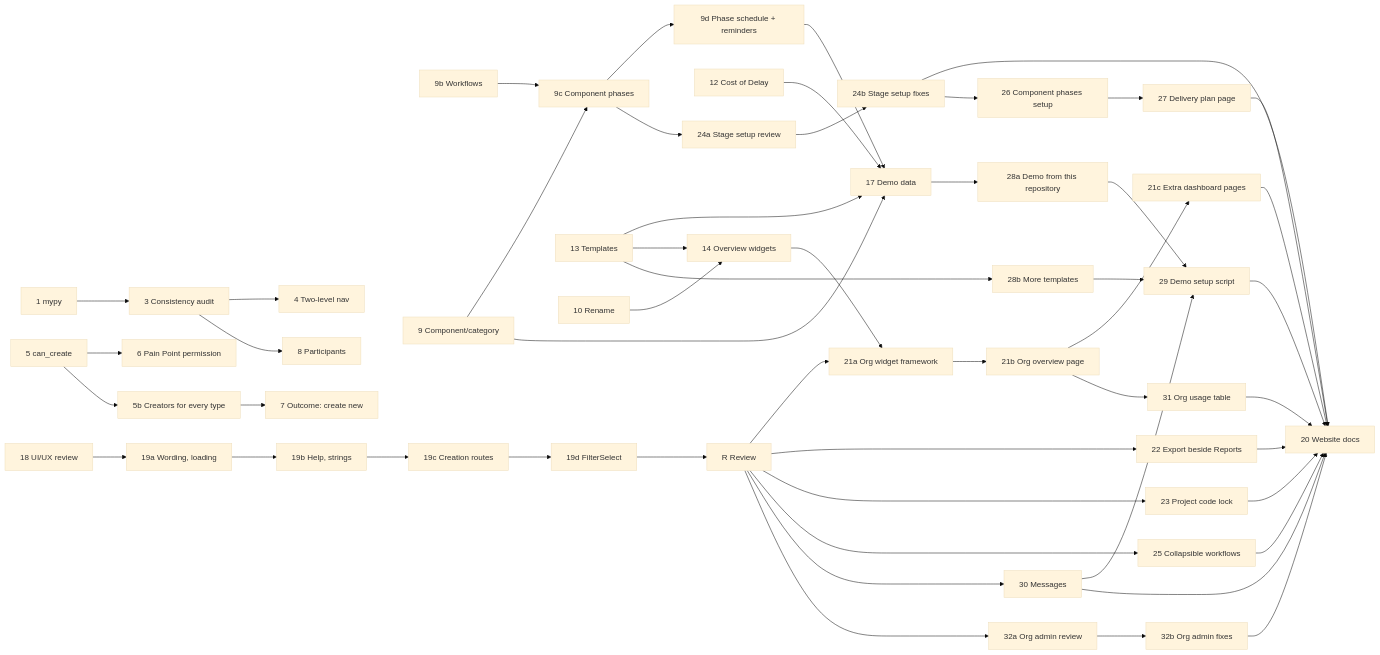
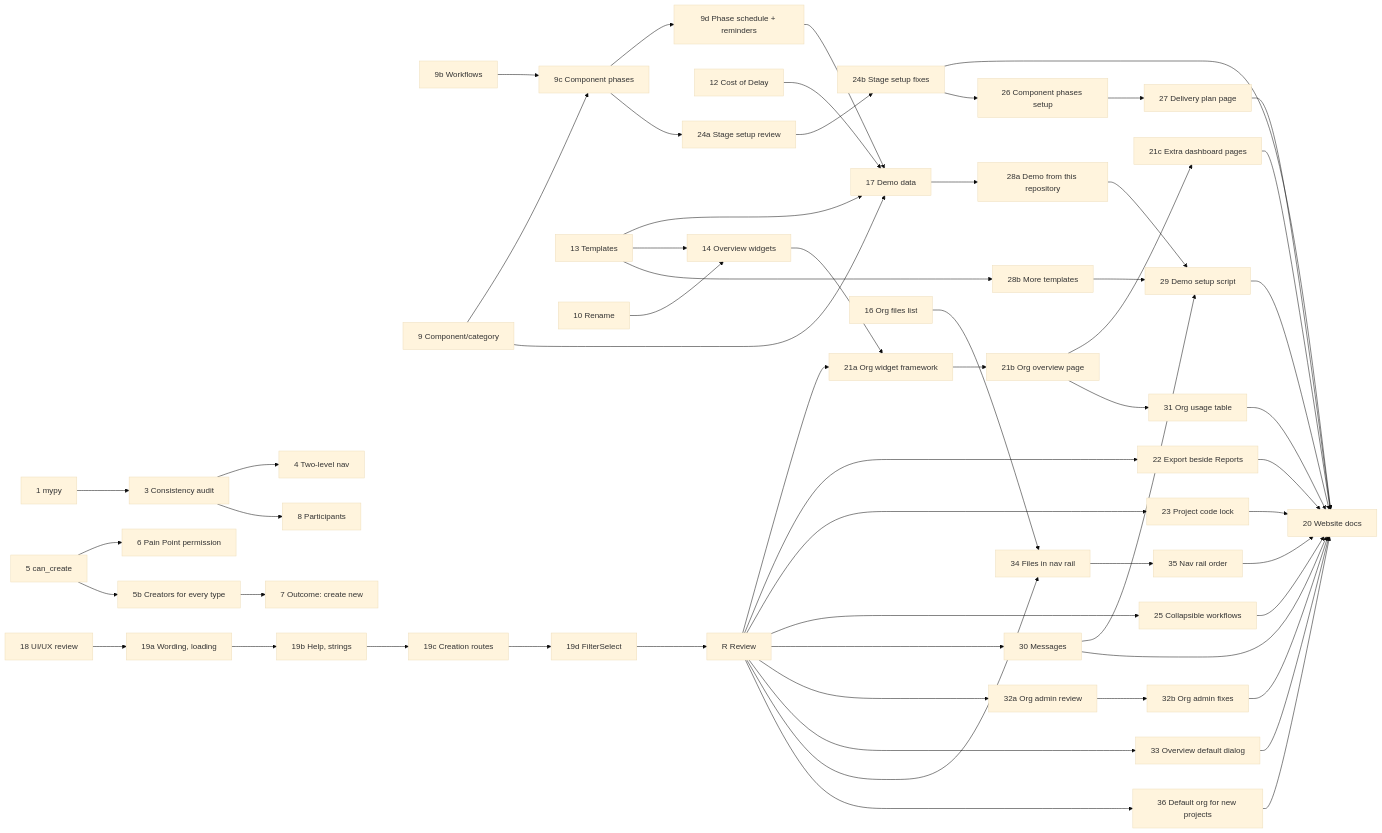
Before and after one commit to ballardr/reqtrackmanager: the diagram in docs/plans/platform-review-2026-11-plan.md, drawn with Mermaid (base theme). The commit also changed other lines of this file and 48 other files, not shown here.

````diff
--- a/docs/plans/platform-review-2026-11-plan.md
+++ b/docs/plans/platform-review-2026-11-plan.md
@@ -60,53 +64,61 @@
 ```mermaid
 flowchart LR
     P1["1 mypy"] --> P3["3 Consistency audit"]
     P3 --> P4["4 Two-level nav"]
     P5["5 can_create"] --> P6["6 Pain Point permission"]
     P5 --> P5b["5b Creators for every type"]
     P5b --> P7["7 Outcome: create new"]
     P3 --> P8["8 Participants"]
     P9b["9b Workflows"] --> P9c["9c Component phases"]
     P9["9 Component/category"] --> P9c
     P9 --> P17["17 Demo data"]
     P9c --> P9d["9d Phase schedule + reminders"]
     P9d --> P17
     P12["12 Cost of Delay"] --> P17
     P13["13 Templates"] --> P17
     P10["10 Rename"] --> P14["14 Overview widgets"]
     P13 --> P14
     P18["18 UI/UX review"] --> P19a["19a Wording, loading"]
     P19a --> P19b["19b Help, strings"]
     P19b --> P19c["19c Creation routes"]
     P19c --> P19d["19d FilterSelect"]
     P19d --> PR["R Review"]
     PR --> P21a["21a Org widget framework"]
     P14["14 Overview widgets"] --> P21a
     P21a --> P21b["21b Org overview page"]
     P21b --> P21c["21c Extra dashboard pages"]
     PR --> P22["22 Export beside Reports"]
     PR --> P23["23 Project code lock"]
     P9c["9c Component phases"] --> P24a["24a Stage setup review"]
     P24a --> P24b["24b Stage setup fixes"]
     P21c --> P20["20 Website docs"]
     P22 --> P20
     P23 --> P20
     P24b --> P20
     PR --> P25["25 Collapsible workflows"]
     P24b --> P26["26 Component phases setup"]
     P26 --> P27["27 Delivery plan page"]
     P17["17 Demo data"] --> P28a["28a Demo from this repository"]
     P13["13 Templates"] --> P28b["28b More templates"]
     P28a --> P29["29 Demo setup script"]
     P28b --> P29
     P30["30 Messages"] --> P29
     PR --> P30
     P21b --> P31["31 Org usage table"]
     PR --> P32a["32a Org admin review"]
     P32a --> P32b["32b Org admin fixes"]
     P25 --> P20
     P27 --> P20
     P29 --> P20
     P30 --> P20
     P31 --> P20
     P32b --> P20
+    P16["16 Org files list"] --> P34["34 Files in nav rail"]
+    PR --> P33["33 Overview default dialog"]
+    PR --> P34
+    P34 --> P35["35 Nav rail order"]
+    P33 --> P20
+    P35 --> P20
+    PR --> P36["36 Default org for new projects"]
+    P36 --> P20
 ```
````
